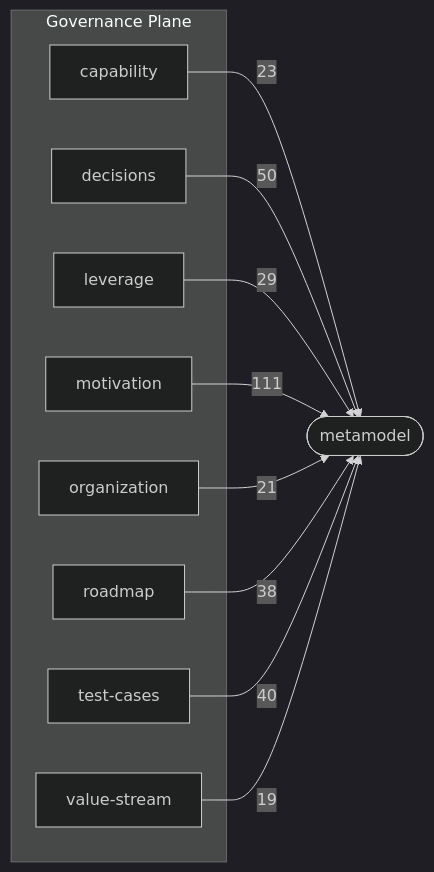
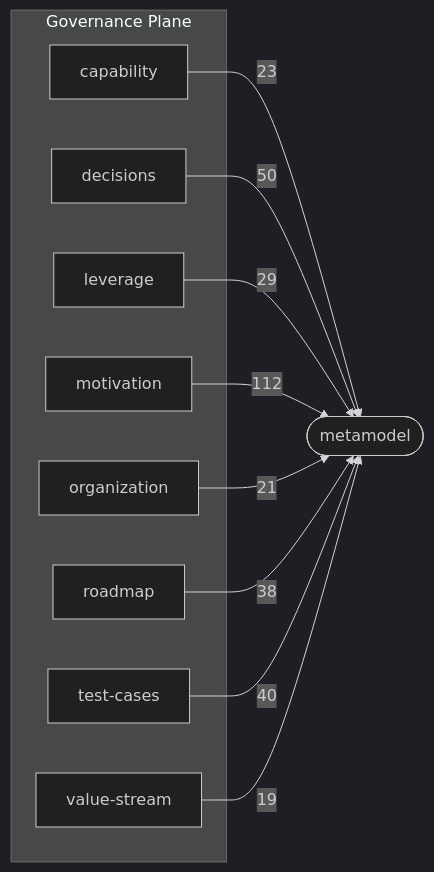
Before and after one commit to Archally/blueprint-schema: the third of 3 diagrams in docs/schema-atlas/v2.8/layer-map.md, drawn with Mermaid (dark theme). The commit also changed other lines of this file and 153 other files, not shown here.

Commit message:
Blueprint Schema: the 2.8 line reaches 2.8.88

````diff
--- a/docs/schema-atlas/v2.8/layer-map.md
+++ b/docs/schema-atlas/v2.8/layer-map.md
@@ -139,22 +139,22 @@
 ```mermaid
 graph LR
     subgraph governance_plane["Governance Plane"]
         governance_capability_schema_yaml["capability"]
         governance_decisions_schema_yaml["decisions"]
         governance_leverage_schema_yaml["leverage"]
         governance_motivation_schema_yaml["motivation"]
         governance_organization_schema_yaml["organization"]
         governance_roadmap_schema_yaml["roadmap"]
         governance_test_cases_schema_yaml["test-cases"]
         governance_value_stream_schema_yaml["value-stream"]
     end
     metamodel_schema_yaml(["metamodel"])
     governance_capability_schema_yaml -->|23| metamodel_schema_yaml
     governance_decisions_schema_yaml -->|50| metamodel_schema_yaml
     governance_leverage_schema_yaml -->|29| metamodel_schema_yaml
-    governance_motivation_schema_yaml -->|111| metamodel_schema_yaml
+    governance_motivation_schema_yaml -->|112| metamodel_schema_yaml
     governance_organization_schema_yaml -->|21| metamodel_schema_yaml
     governance_roadmap_schema_yaml -->|38| metamodel_schema_yaml
     governance_test_cases_schema_yaml -->|40| metamodel_schema_yaml
     governance_value_stream_schema_yaml -->|19| metamodel_schema_yaml
 ```
````
